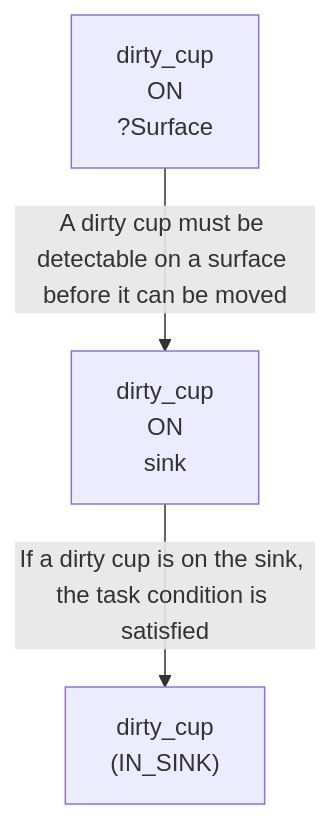
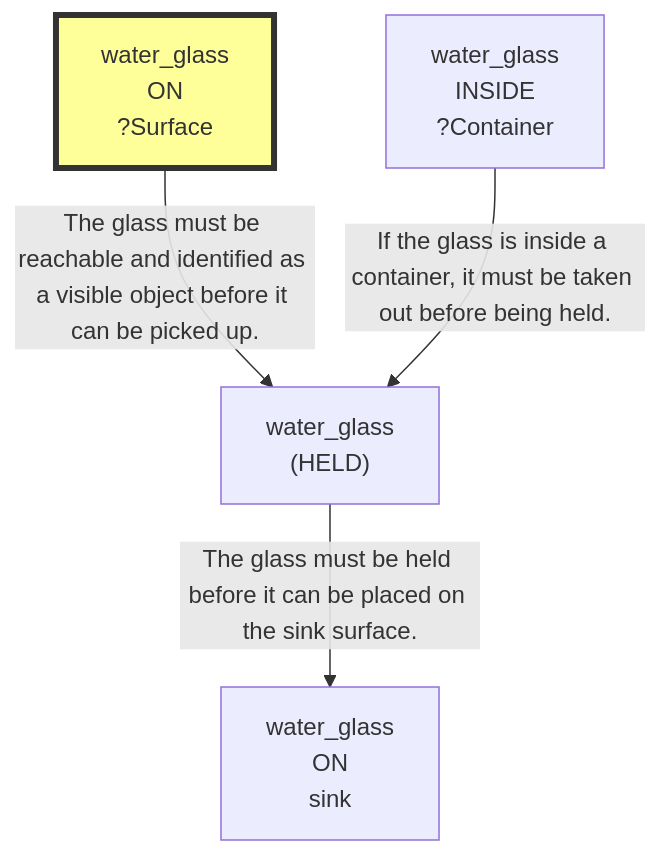
The first of 9 diagrams in evaluation/results/table1/_raw/robostate/run_T1_DYN_M1_03_medium.md (scuama/virtualhome), drawn with Mermaid before and after one commit. The commit also changed other lines of this file and 96 other files, not shown here.

````diff
--- a/evaluation/results/table1/_raw/robostate/run_T1_DYN_M1_03_medium.md
+++ b/evaluation/results/table1/_raw/robostate/run_T1_DYN_M1_03_medium.md
@@ -72,8 +99,11 @@
 ```mermaid
 graph TD
-    N1["dirty_cup<br>ON<br>?Surface"]
-    N2["dirty_cup<br>ON<br>sink"]
-    N3["dirty_cup<br>(IN_SINK)"]
-    N1 -->|"A dirty cup must be detectable on a surface before it can be moved"| N2
-    N2 -->|"If a dirty cup is on the sink, the task condition is satisfied"| N3
+    N1["water_glass<br>ON<br>?Surface"]
+    style N1 fill:#ff9,stroke:#333,stroke-width:4px
+    N2["water_glass<br>INSIDE<br>?Container"]
+    N3["water_glass<br>(HELD)"]
+    N4["water_glass<br>ON<br>sink"]
+    N1 -->|"The glass must be reachable and identified as a visible object before it can be picked up."| N3
+    N2 -->|"If the glass is inside a container, it must be taken out before being held."| N3
+    N3 -->|"The glass must be held before it can be placed on the sink surface."| N4
 ```
````
